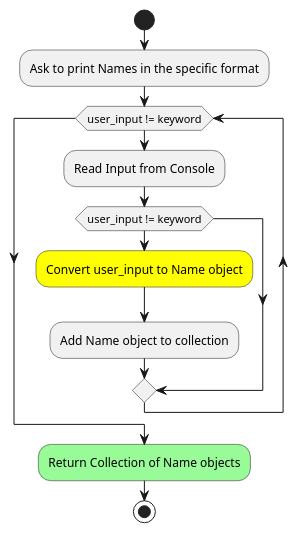
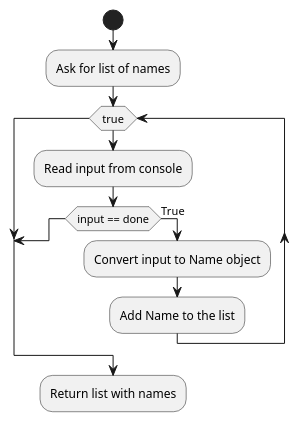
The diagram in src/main/resources/ex41/ActivityDiagrams/readNames.puml (mplekunov/Assignment_3), drawn with PlantUML before and after one commit. The commit also changed 155 other files, not shown here.

```diff
--- a/src/main/resources/ex41/ActivityDiagrams/readNames.puml
+++ b/src/main/resources/ex41/ActivityDiagrams/readNames.puml
@@ -1,18 +1,21 @@
 @startuml
 'https://plantuml.com/activity-diagram-beta
 
 start
-    :Ask to print Names in the specific format;
+    :Ask for list of names;
 
-    while(user_input != keyword)
-        :Read Input from Console;
-        if (user_input != keyword) then
-            #yellow:Convert user_input to Name object;
-            :Add Name object to collection;
+    while (true)
+        :Read input from console;
+
+        if (input == done)
+            break
+        else (True)
+            :Convert input to Name object;
+            :Add Name to the list;
+
         endif
     endwhile
 
-   #palegreen:Return Collection of Name objects;
-stop
+    :Return list with names;
 
 @enduml
```
